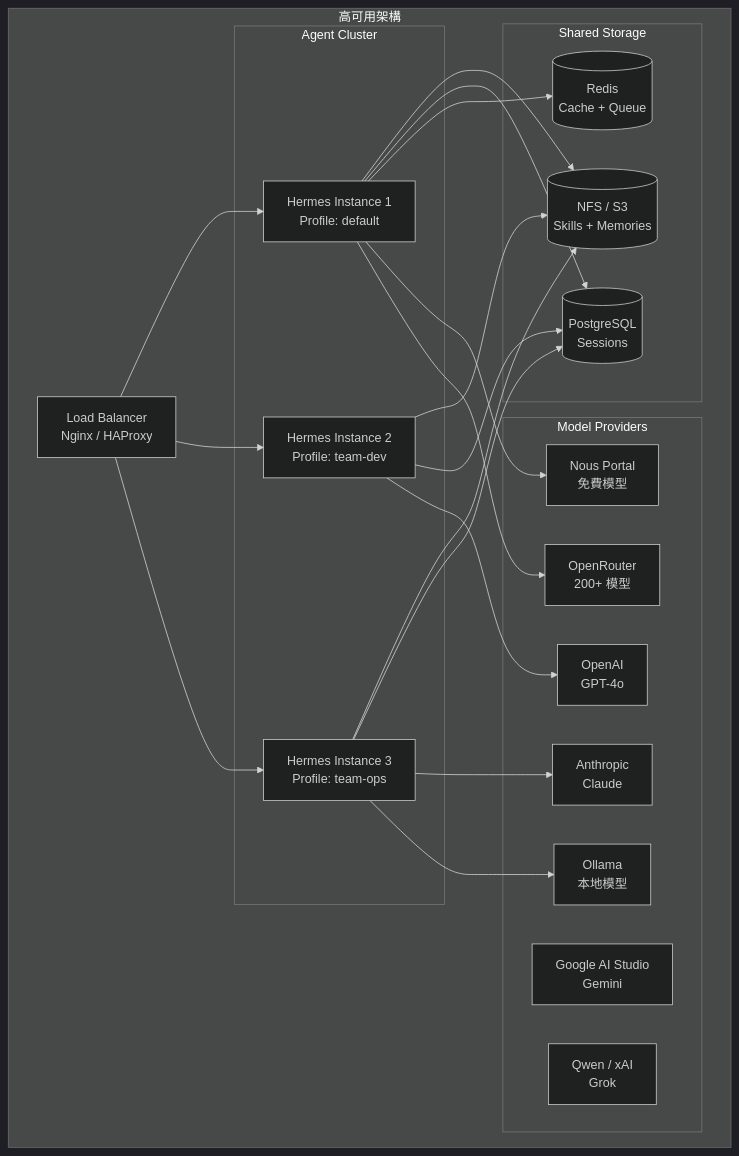
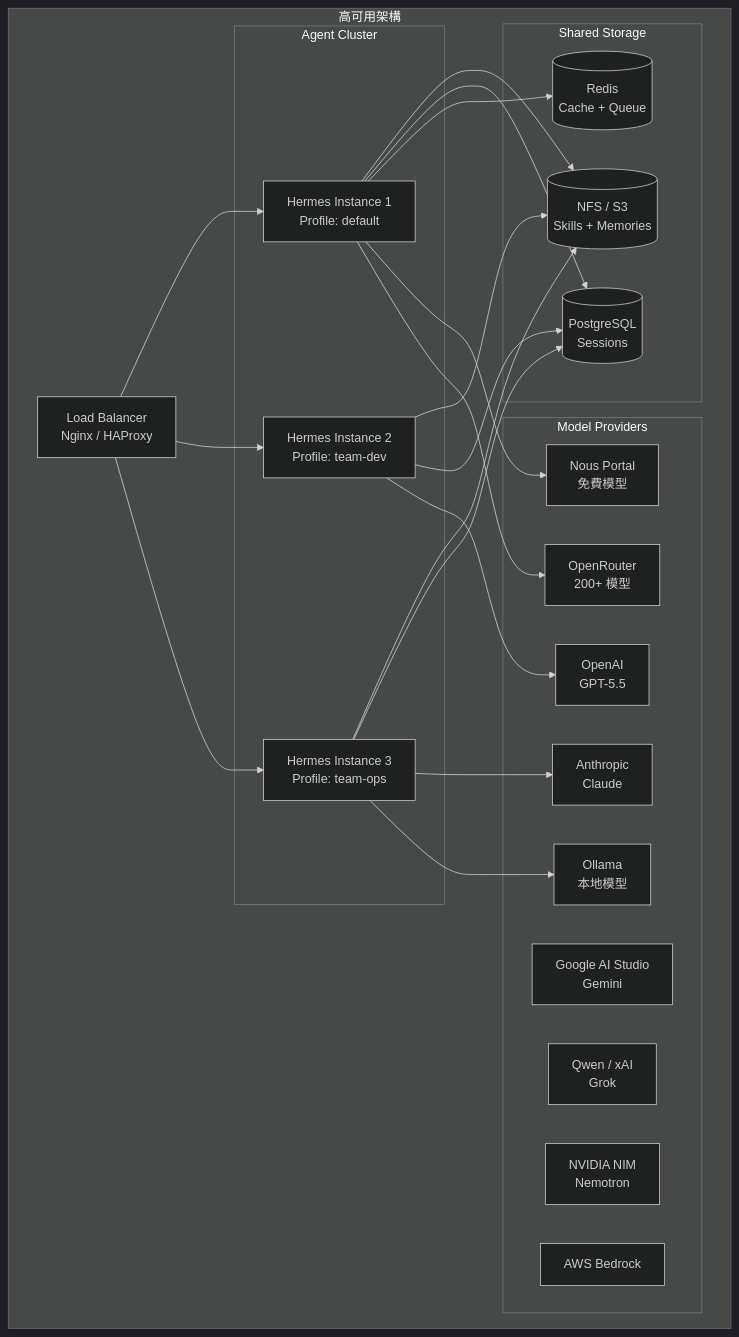
The fourth of 18 diagrams in content/posts/教學/AI開發/Hermes Agent生態系教學手冊.md (chihhung/Blog), drawn with Mermaid (dark theme) before and after one commit. The commit also changed other lines of this file and 7 other files, not shown here.

````diff
--- a/content/posts/教學/AI開發/Hermes Agent生態系教學手冊.md
+++ b/content/posts/教學/AI開發/Hermes Agent生態系教學手冊.md
@@ -432,46 +466,48 @@
 ```mermaid
 graph TB
     subgraph "高可用架構"
         LB[Load Balancer<br/>Nginx / HAProxy]
         
         subgraph "Agent Cluster"
             A1[Hermes Instance 1<br/>Profile: default]
             A2[Hermes Instance 2<br/>Profile: team-dev]
             A3[Hermes Instance 3<br/>Profile: team-ops]
         end
         
         subgraph "Shared Storage"
             NFS[(NFS / S3<br/>Skills + Memories)]
             DB[(PostgreSQL<br/>Sessions)]
             REDIS[(Redis<br/>Cache + Queue)]
         end
         
         subgraph "Model Providers"
             NP[Nous Portal<br/>免費模型]
             OR[OpenRouter<br/>200+ 模型]
-            OA[OpenAI<br/>GPT-4o]
+            OA[OpenAI<br/>GPT-5.5]
             AN[Anthropic<br/>Claude]
             GG[Google AI Studio<br/>Gemini]
             QW[Qwen / xAI<br/>Grok]
+            NV[NVIDIA NIM<br/>Nemotron]
+            BK[AWS Bedrock]
             LOCAL[Ollama<br/>本地模型]
         end
     end
 
     LB --> A1
     LB --> A2
     LB --> A3
     
     A1 --> NFS
     A2 --> NFS
     A3 --> NFS
     A1 --> DB
     A2 --> DB
     A3 --> DB
     A1 --> REDIS
     
     A1 --> NP
     A1 --> OR
     A2 --> OA
     A3 --> AN
     A3 --> LOCAL
 ```
````
